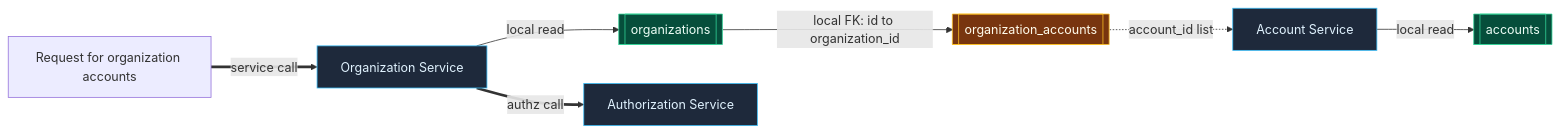
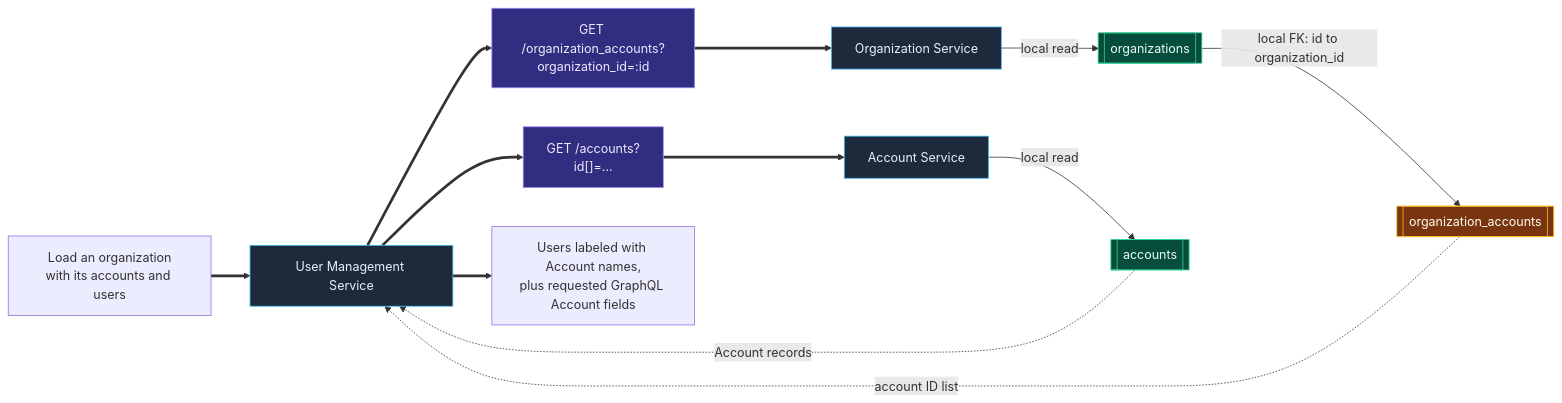
One commit to meleneth/whirred-io changed the sixth of 6 diagrams in docs/articles/series/IAM-System-Demo/graphql-auth-explosion-case-study.md. Above: the diagram before and after it, drawn with Mermaid. The commit also changed other lines of this file and 78 other files, not shown here.

````diff
--- a/docs/articles/series/IAM-System-Demo/graphql-auth-explosion-case-study.md
+++ b/docs/articles/series/IAM-System-Demo/graphql-auth-explosion-case-study.md
@@ -348,25 +358,35 @@
 ```mermaid
 flowchart LR
   classDef service fill:#1e293b,stroke:#38bdf8,color:#e0f2fe
   classDef table fill:#064e3b,stroke:#34d399,color:#ecfdf5
   classDef join fill:#78350f,stroke:#fbbf24,color:#fffbeb
+  classDef request fill:#312e81,stroke:#a78bfa,color:#ede9fe
 
-  Request[Request for organization accounts]
+  Request[Load an organization<br/>with its accounts and users]
+  UserManagementService[User Management Service]
+  MembershipRequest["GET /organization_accounts?<br/>organization_id=:id"]
   OrganizationService[Organization Service]
   Organizations[[organizations]]
   OrganizationAccounts[[organization_accounts]]
+  AccountsRequest["GET /accounts?<br/>id[]=..."]
   AccountService[Account Service]
   Accounts[[accounts]]
-  AuthorizationService[Authorization Service]
+  Result[Users labeled with Account names,<br/>plus requested GraphQL Account fields]
 
-  Request == service call ==> OrganizationService
-  OrganizationService == authz call ==> AuthorizationService
+  Request ==> UserManagementService
+  UserManagementService ==> MembershipRequest
+  MembershipRequest ==> OrganizationService
   OrganizationService -->|local read| Organizations
   Organizations -->|local FK: id to organization_id| OrganizationAccounts
-  OrganizationAccounts -. account_id list .-> AccountService
+  OrganizationAccounts -. account ID list .-> UserManagementService
+  UserManagementService ==> AccountsRequest
+  AccountsRequest ==> AccountService
   AccountService -->|local read| Accounts
+  Accounts -. Account records .-> UserManagementService
+  UserManagementService ==> Result
 
-  class OrganizationService,AccountService,AuthorizationService service
+  class UserManagementService,OrganizationService,AccountService service
   class Organizations,Accounts table
   class OrganizationAccounts join
+  class MembershipRequest,AccountsRequest request
 ```
````
